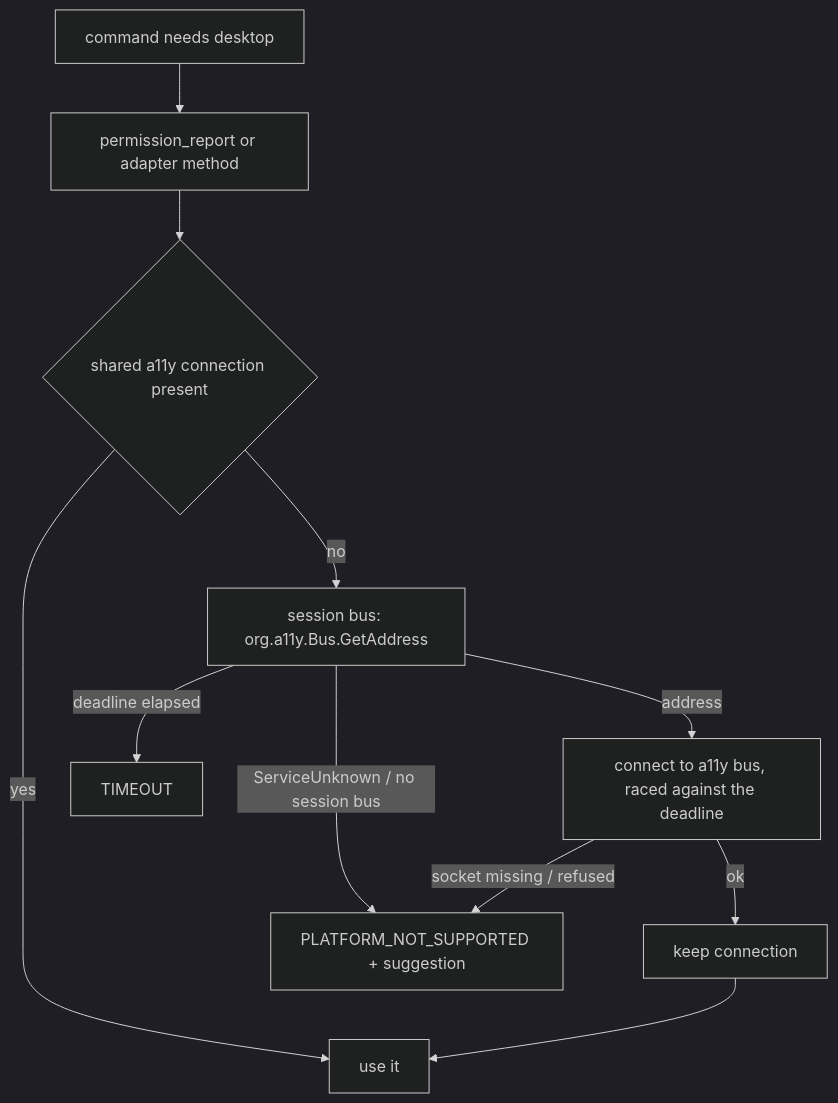
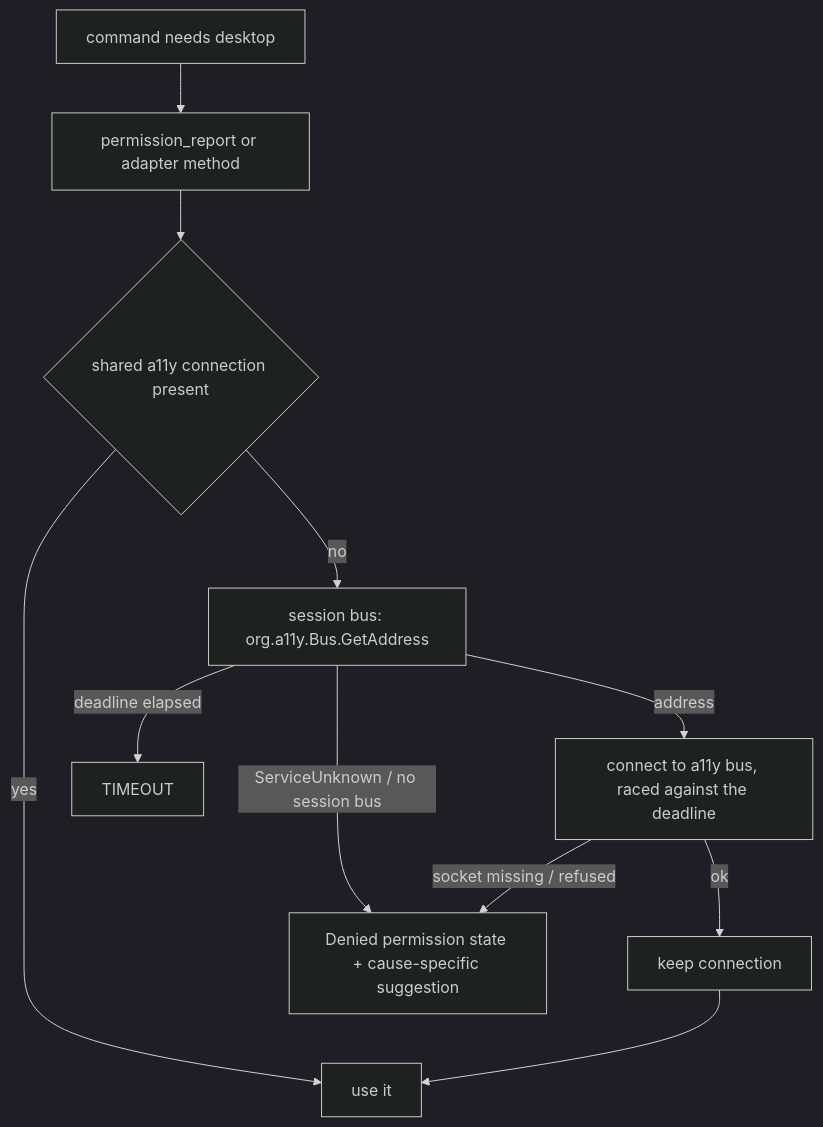
Before and after one commit to justcarlson/agent-desktop: the diagram in docs/plans/2026-10-18-0637-feat-linux-toolchain-ci-bus-bootstrap-plan.md, drawn with Mermaid (dark theme). The commit also changed other lines of this file and 1 other file, not shown here.

Commit message:
docs: describe the per-fault bus report and own the shared findings in phases.md

````diff
--- a/docs/plans/2026-10-18-0637-feat-linux-toolchain-ci-bus-bootstrap-plan.md
+++ b/docs/plans/2026-10-18-0637-feat-linux-toolchain-ci-bus-bootstrap-plan.md
@@ -92,12 +92,12 @@
 ```mermaid
 flowchart TB
   C[command needs desktop] --> P[permission_report or adapter method]
   P --> S{shared a11y connection present}
   S -->|yes| U[use it]
   S -->|no| G[session bus: org.a11y.Bus.GetAddress]
   G -->|address| A[connect to a11y bus, raced against the deadline]
   A -->|ok| K[keep connection] --> U
-  G -->|ServiceUnknown / no session bus| E[PLATFORM_NOT_SUPPORTED + suggestion]
+  G -->|ServiceUnknown / no session bus| E[Denied permission state + cause-specific suggestion]
   A -->|socket missing / refused| E
   G -->|deadline elapsed| T[TIMEOUT]
 ```
````
